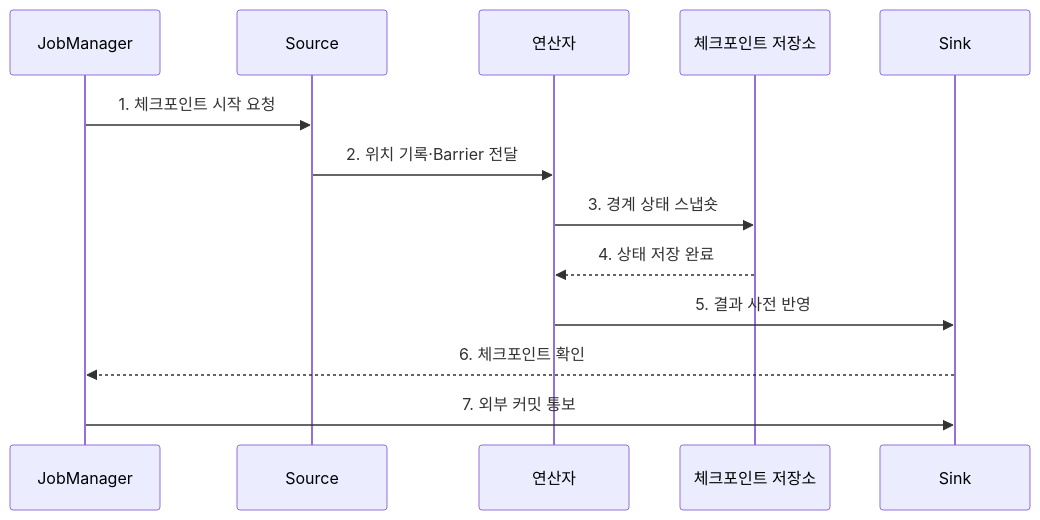
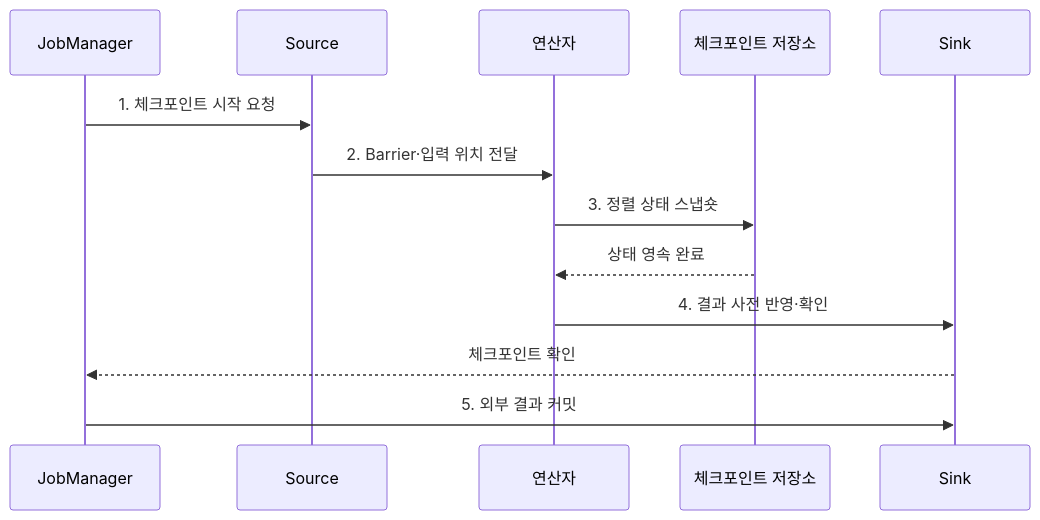
The second of 2 diagrams in src/content/docs/notes/03-software/120_apache_flink.md (agnusdei1207/knowledge-base), drawn with Mermaid before and after one commit. The commit also changed other lines of this file and 238 other files, not shown here.

````diff
--- a/src/content/docs/notes/03-software/120_apache_flink.md
+++ b/src/content/docs/notes/03-software/120_apache_flink.md
@@ -83,15 +83,15 @@
 ```mermaid
 sequenceDiagram
     participant J as JobManager
     participant S as Source
     participant O as 연산자
     participant C as 체크포인트 저장소
     participant K as Sink
     J->>S: 1. 체크포인트 시작 요청
-    S->>O: 2. 위치 기록·Barrier 전달
-    O->>C: 3. 경계 상태 스냅숏
-    C-->>O: 4. 상태 저장 완료
-    O->>K: 5. 결과 사전 반영
-    K-->>J: 6. 체크포인트 확인
-    J->>K: 7. 외부 커밋 통보
+    S->>O: 2. Barrier·입력 위치 전달
+    O->>C: 3. 정렬 상태 스냅숏
+    C-->>O: 상태 영속 완료
+    O->>K: 4. 결과 사전 반영·확인
+    K-->>J: 체크포인트 확인
+    J->>K: 5. 외부 결과 커밋
 ```
````
